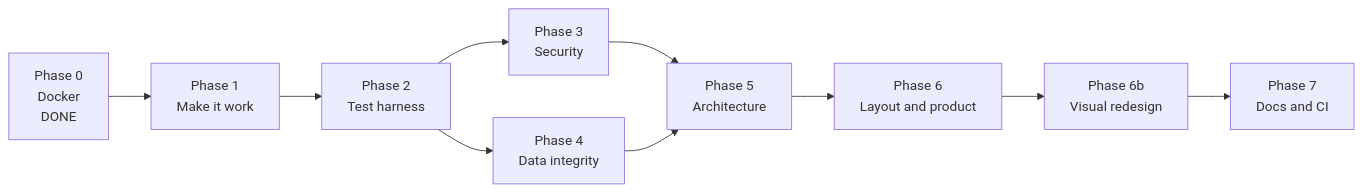
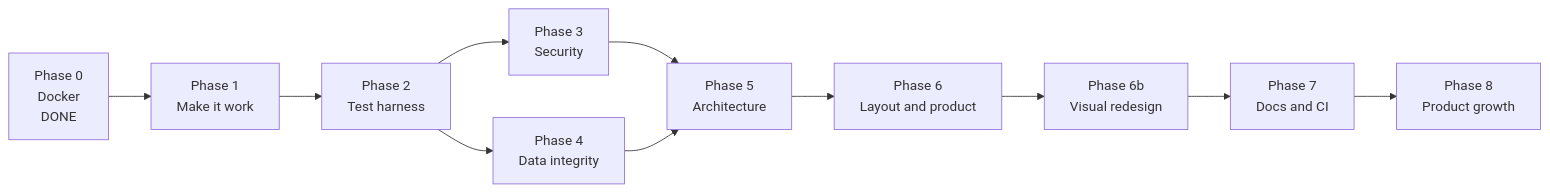
The third of 6 diagrams in docs/REVIVAL-PLAN.md (kfeuerschvenger/BreezyBoard), drawn with Mermaid before and after one commit. The commit also changed other lines of this file and 2 other files, not shown here.

First line of the commit message:
docs(plan): plan the visual redesign from the reference design and the growth phase after it

````diff
--- a/docs/REVIVAL-PLAN.md
+++ b/docs/REVIVAL-PLAN.md
@@ -496,12 +497,13 @@
 ```mermaid
 graph LR
   P0[Phase 0<br/>Docker<br/>DONE] --> P1[Phase 1<br/>Make it work]
   P1 --> P2[Phase 2<br/>Test harness]
   P2 --> P3[Phase 3<br/>Security]
   P2 --> P4[Phase 4<br/>Data integrity]
   P3 --> P5[Phase 5<br/>Architecture]
   P4 --> P5
   P5 --> P6[Phase 6<br/>Layout and product]
   P6 --> P6b[Phase 6b<br/>Visual redesign]
   P6b --> P7[Phase 7<br/>Docs and CI]
+  P7 --> P8[Phase 8<br/>Product growth]
 ```
````
